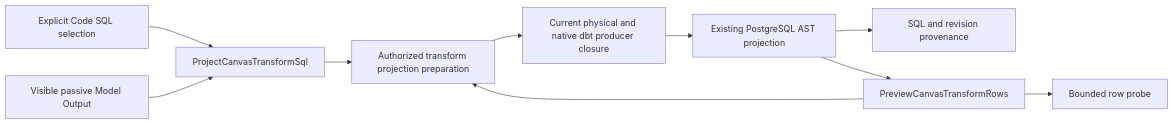
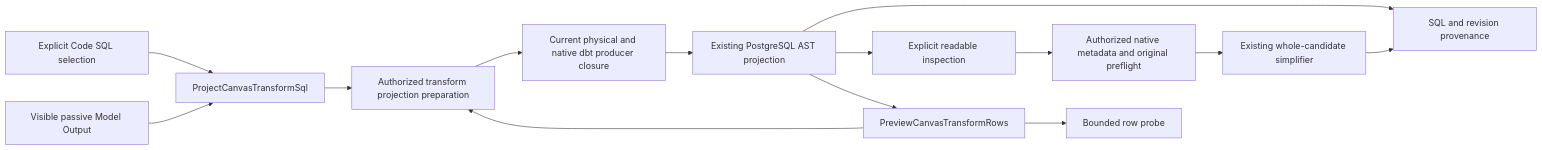
Before and after one commit to dunay2/dvt: the third of 5 diagrams in docs/contracts/data-access-modes.md, drawn with Mermaid. The commit also changed other lines of this file and 53 other files, not shown here.

````diff
--- a/docs/contracts/data-access-modes.md
+++ b/docs/contracts/data-access-modes.md
@@ -172,12 +192,16 @@
 ```mermaid
 flowchart LR
   Code[Explicit Code SQL selection] --> SQL[ProjectCanvasTransformSql]
   Output[Visible passive Model Output] --> SQL
   SQL --> Shared[Authorized transform projection preparation]
   Rows[PreviewCanvasTransformRows] --> Shared
   Shared --> Producers[Current physical and native dbt producer closure]
   Producers --> Projection[Existing PostgreSQL AST projection]
   Projection --> CodeResult[SQL and revision provenance]
+  Projection --> Readable[Explicit readable inspection]
+  Readable --> Evidence[Authorized native metadata and original preflight]
+  Evidence --> Rules[Existing whole-candidate simplifier]
+  Rules --> CodeResult
   Projection --> Rows
   Rows --> Probe[Bounded row probe]
 ```
````
